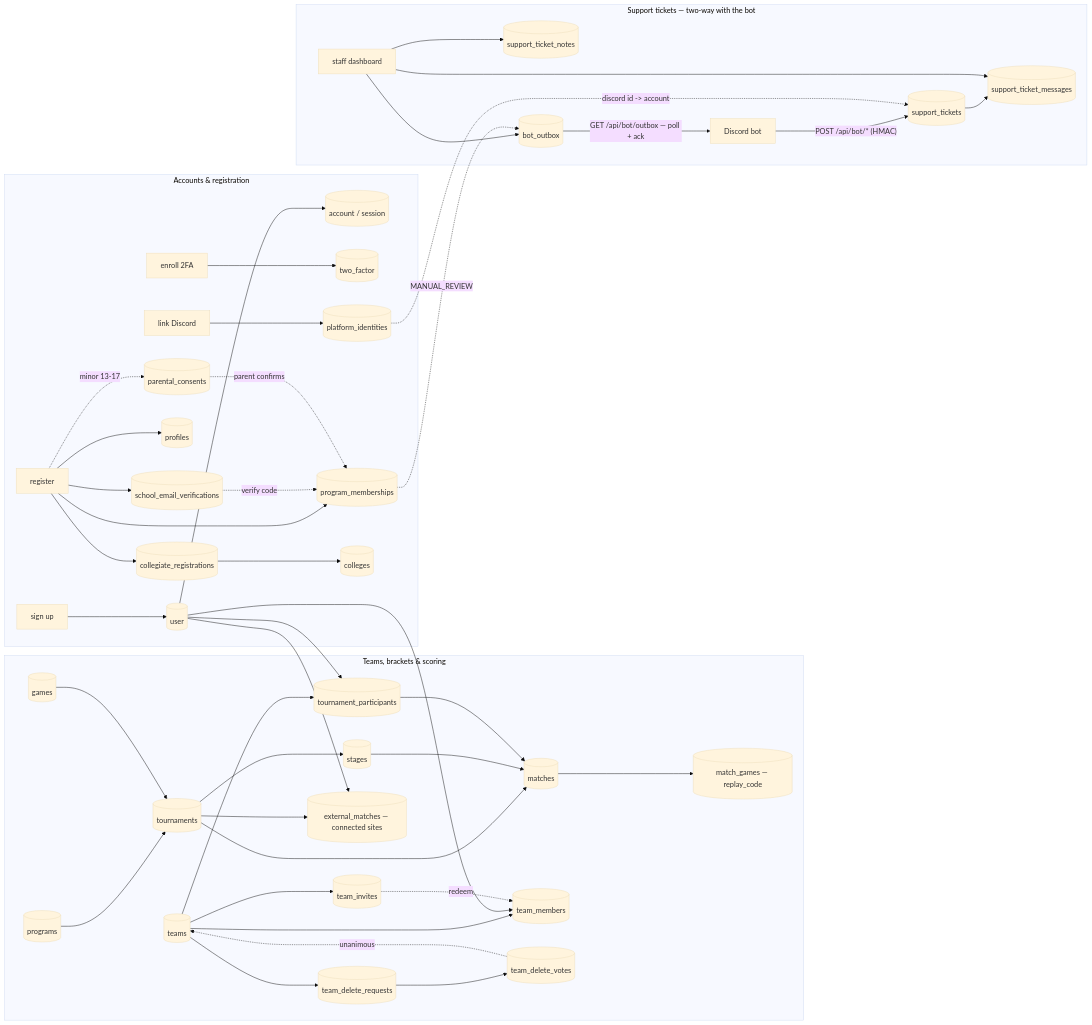
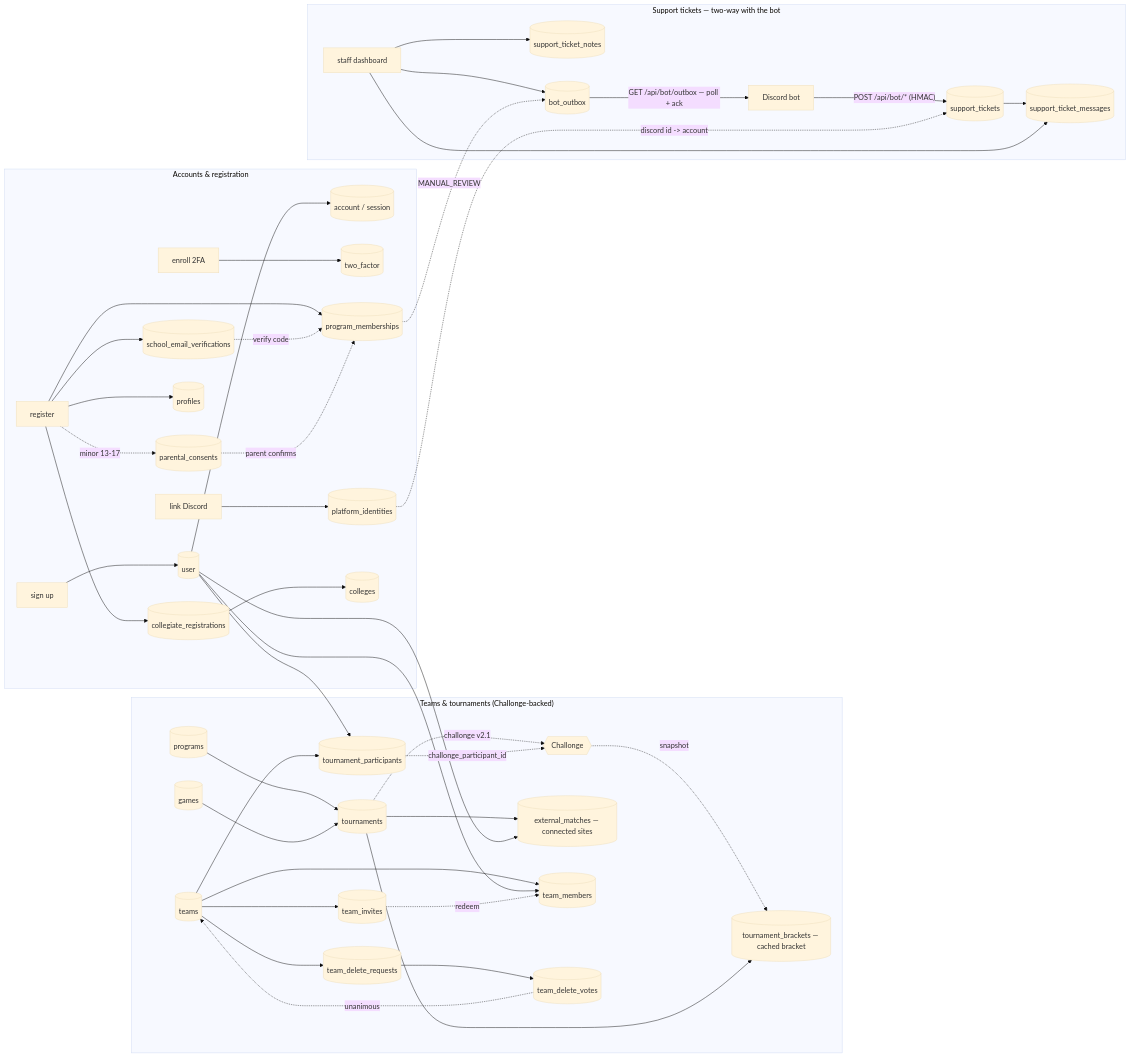
One commit to FaultFoundation/commons changed the second of 2 diagrams in db/README.md. Above: the diagram before and after it, drawn with Mermaid (base theme). The commit also changed other lines of this file and 34 other files, not shown here.

Commit message:
Initial tournaments commit. Uses Challonge as a backend after approval was received. Added admin settings, a frontend for players, and more.

````diff
--- a/db/README.md
+++ b/db/README.md
@@ -510,46 +509,45 @@
 ```mermaid
 flowchart LR
     subgraph acct["Accounts & registration"]
         SU[sign up] --> U[(user)]
         U --> AC[(account / session)]
         TF[enroll 2FA] --> TWO[(two_factor)]
         DL[link Discord] --> PI[(platform_identities)]
         REG[register] --> PR[(profiles)]
         REG --> PM[(program_memberships)]
         REG --> CR[(collegiate_registrations)]
         CR --> COL[(colleges)]
         REG --> SEV[(school_email_verifications)]
         SEV -. verify code .-> PM
         REG -. "minor 13-17" .-> PC[(parental_consents)]
         PC -. parent confirms .-> PM
     end
-    subgraph brk["Teams, brackets & scoring"]
+    subgraph brk["Teams & tournaments (Challonge-backed)"]
         PROG[(programs)] --> T[(tournaments)]
         GM[(games)] --> T
-        T --> ST[(stages)]
-        T --> M[(matches)]
-        ST --> M
-        M --> MG[("match_games — replay_code")]
+        T -. "challonge v2.1" .-> CH{{Challonge}}
+        CH -. snapshot .-> TB[("tournament_brackets — cached bracket")]
+        T --> TB
         TM[(teams)] --> TP[(tournament_participants)]
         U --> TP
-        TP --> M
+        TP -. "challonge_participant_id" .-> CH
         T --> EM[("external_matches — connected sites")]
         U --> EM
         TM --> RM[(team_members)]
         U --> RM
         TM --> TI[(team_invites)]
         TI -. redeem .-> RM
         TM --> TDR[(team_delete_requests)] --> TDV[(team_delete_votes)]
         TDV -. unanimous .-> TM
     end
     subgraph sup["Support tickets — two-way with the bot"]
         DISC["Discord bot"] -- "POST /api/bot/* (HMAC)" --> SUP[(support_tickets)]
         SUP --> SMSG[(support_ticket_messages)]
         DASH["staff dashboard"] --> SMSG
         DASH --> SNOTE[(support_ticket_notes)]
         DASH --> OUT[(bot_outbox)]
         OUT -- "GET /api/bot/outbox — poll + ack" --> DISC
         PI -. "discord id -> account" .-> SUP
         PM -. MANUAL_REVIEW .-> OUT
     end
 ```
````
